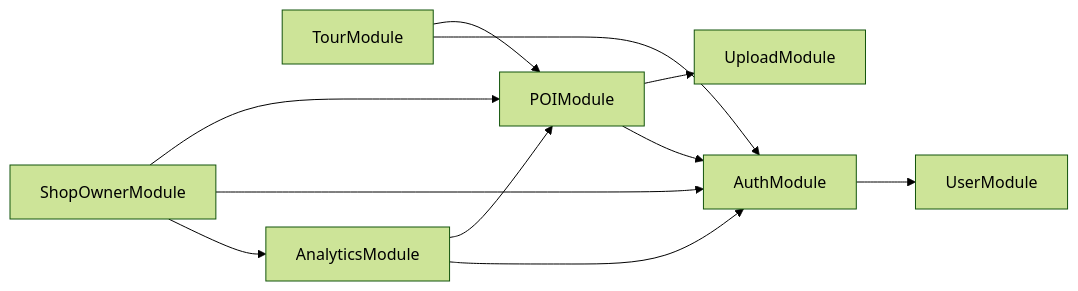
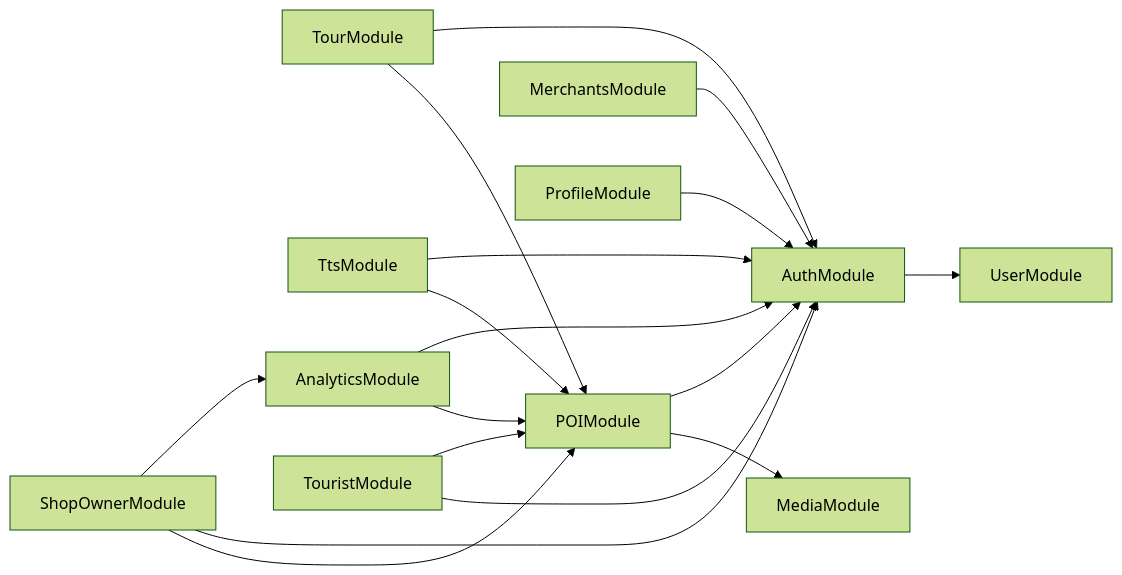
The fifth of 7 diagrams in docs/step3_prd/17_component_diagram.md (Ttuandatt/Seminar), drawn with Mermaid (forest theme) before and after one commit. The commit also changed other lines of this file and 7 other files, not shown here.

````diff
--- a/docs/step3_prd/17_component_diagram.md
+++ b/docs/step3_prd/17_component_diagram.md
@@ -268,13 +317,19 @@
 ```mermaid
 graph LR
     AuthMod2["AuthModule"] --> UserMod2["UserModule"]
-    POIMod2["POIModule"] --> UploadMod2["UploadModule"]
+    POIMod2["POIModule"] --> MediaMod2["MediaModule"]
     POIMod2 --> AuthMod2
     TourMod2["TourModule"] --> POIMod2
     TourMod2 --> AuthMod2
+    TtsMod2["TtsModule"] --> POIMod2
+    TtsMod2 --> AuthMod2
     AnalyticsMod2["AnalyticsModule"] --> POIMod2
     AnalyticsMod2 --> AuthMod2
     ShopMod["ShopOwnerModule"] --> POIMod2
     ShopMod --> AuthMod2
     ShopMod --> AnalyticsMod2
+    MerchantsMod2["MerchantsModule"] --> AuthMod2
+    ProfileMod2["ProfileModule"] --> AuthMod2
+    TouristMod2["TouristModule"] --> AuthMod2
+    TouristMod2 --> POIMod2
 ```
````
